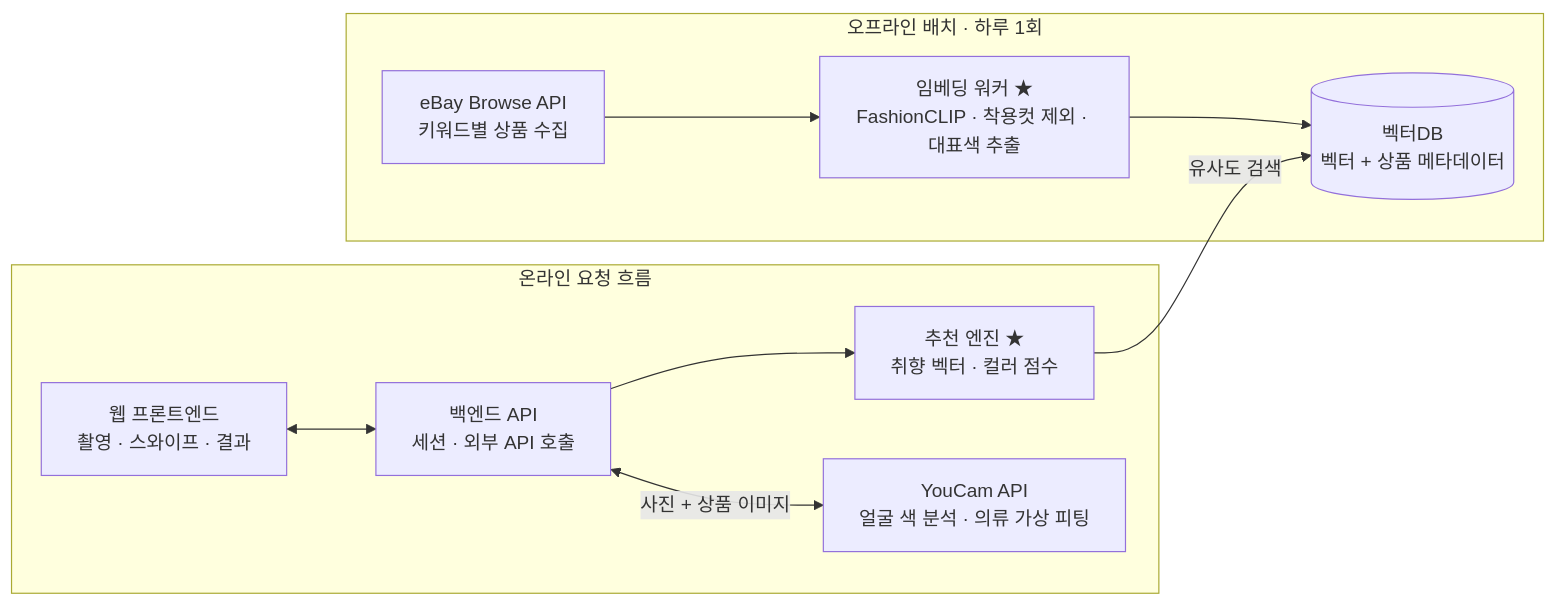
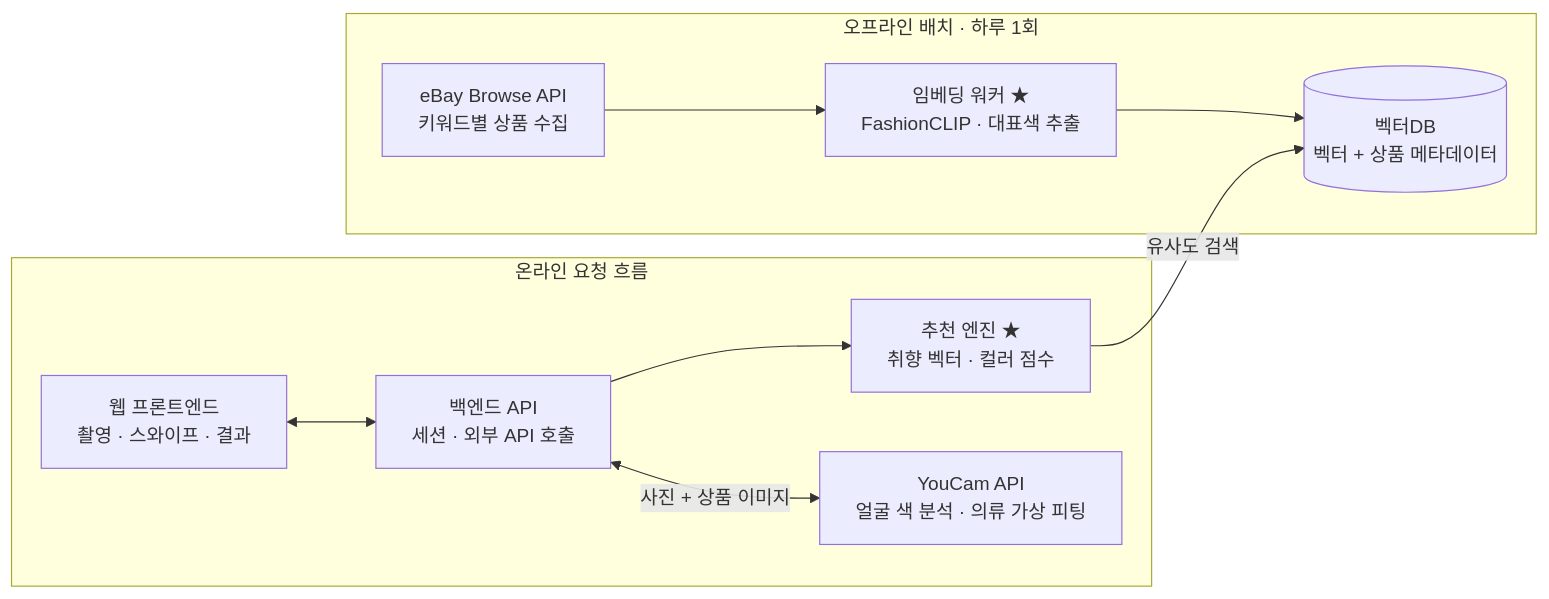
The second of 2 diagrams in project-all-docs/ColorFit_PRD.md (najunho04/youcam-project), drawn with Mermaid before and after one commit. The commit also changed other lines of this file and 3 other files, not shown here.

First line of the commit message:
docs(product_ingest): 착용컷 제외 규칙 삭제, 대표색 K-means 계산 시점 명시

````diff
--- a/project-all-docs/ColorFit_PRD.md
+++ b/project-all-docs/ColorFit_PRD.md
@@ -107,13 +107,13 @@
 ```mermaid
 flowchart LR
     subgraph Batch[오프라인 배치 · 하루 1회]
-        N[eBay Browse API<br/>키워드별 상품 수집] --> E[임베딩 워커 ★<br/>FashionCLIP · 착용컷 제외 · 대표색 추출]
+        N[eBay Browse API<br/>키워드별 상품 수집] --> E[임베딩 워커 ★<br/>FashionCLIP · 대표색 추출]
         E --> V[(벡터DB<br/>벡터 + 상품 메타데이터)]
     end
     subgraph Online[온라인 요청 흐름]
         W[웹 프론트엔드<br/>촬영 · 스와이프 · 결과] <--> B[백엔드 API<br/>세션 · 외부 API 호출]
         B --> R[추천 엔진 ★<br/>취향 벡터 · 컬러 점수]
         B <-->|사진 + 상품 이미지| Y[YouCam API<br/>얼굴 색 분석 · 의류 가상 피팅]
     end
     R -->|유사도 검색| V
 ```
````
